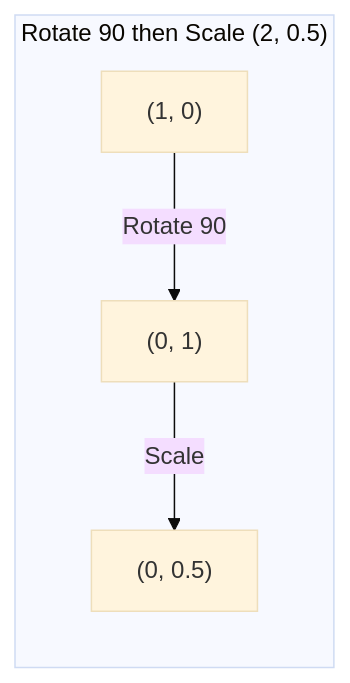
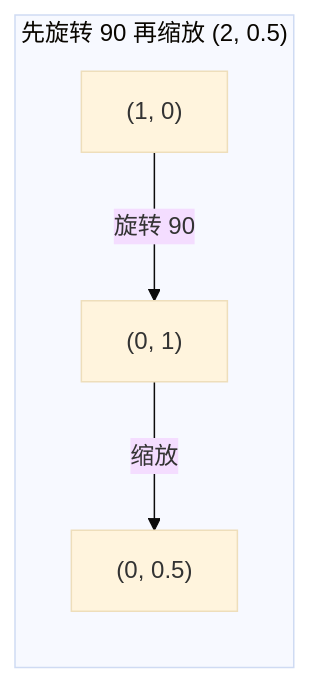
The sixth of 7 diagrams in phases/01-math-foundations/03-matrix-transformations/docs/zh.md (alessandrodinisio-ai/ai-engineering-learning-framework), drawn with Mermaid (base theme) before and after one commit. The commit also changed other lines of this file and 120 other files, not shown here.

First line of the commit message:
i18n(mermaid): 337 个 mermaid 图表标签中文化

````diff
--- a/phases/01-math-foundations/03-matrix-transformations/docs/zh.md
+++ b/phases/01-math-foundations/03-matrix-transformations/docs/zh.md
@@ -155,6 +155,6 @@
 ```mermaid
 graph LR
-    subgraph Path1["Rotate 90 then Scale (2, 0.5)"]
-        P1["(1, 0)"] -->|"Rotate 90"| P2["(0, 1)"] -->|"Scale"| P3["(0, 0.5)"]
+    subgraph Path1["先旋转 90 再缩放 (2, 0.5)"]
+        P1["(1, 0)"] -->|"旋转 90"| P2["(0, 1)"] -->|"缩放"| P3["(0, 0.5)"]
     end
 ```
````
